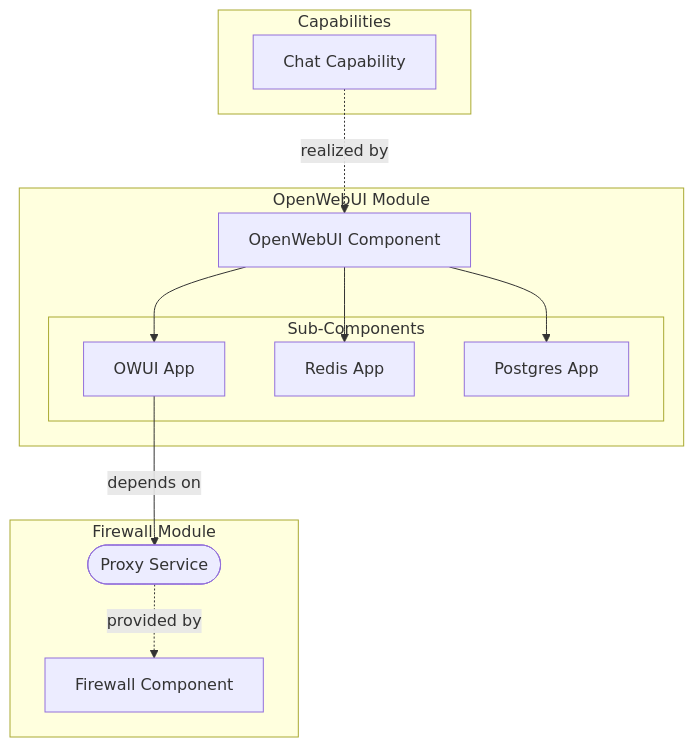
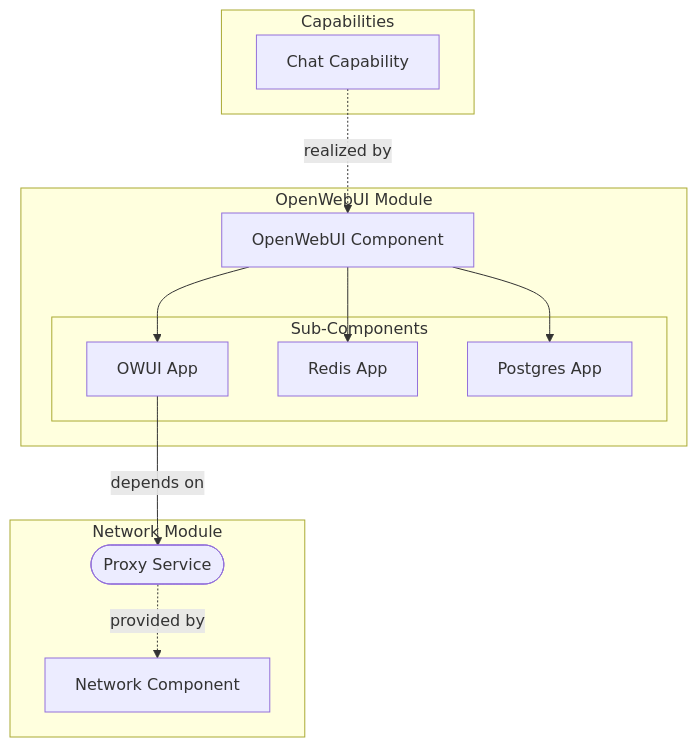
The first of 2 diagrams in docs/architecture/meta-model.md (TAPPaaS/Documentation), drawn with Mermaid before and after one commit. The commit also changed other lines of this file and 4 other files, not shown here.

First line of the commit message:
Dissolve What/Architecture: Meta Model absorbs the ArchiMate introduction

````diff
--- a/docs/architecture/meta-model.md
+++ b/docs/architecture/meta-model.md
@@ -33,27 +56,27 @@
 ```mermaid
 flowchart TB
     subgraph Capabilities
         Chat[Chat Capability]
     end
 
     subgraph OpenWebUI Module
         OWUI[OpenWebUI Component]
         subgraph Sub-Components
             OWUIApp[OWUI App]
             Redis[Redis App]
             Postgres[Postgres App]
         end
         OWUI --> OWUIApp
         OWUI --> Redis
         OWUI --> Postgres
     end
 
-    subgraph Firewall Module
+    subgraph Network Module
         ProxyService([Proxy Service])
-        FW[Firewall Component]
+        FW[Network Component]
         ProxyService -.->|provided by| FW
     end
 
     Chat -.->|realized by| OWUI
     OWUIApp -->|depends on| ProxyService
 ```
````
